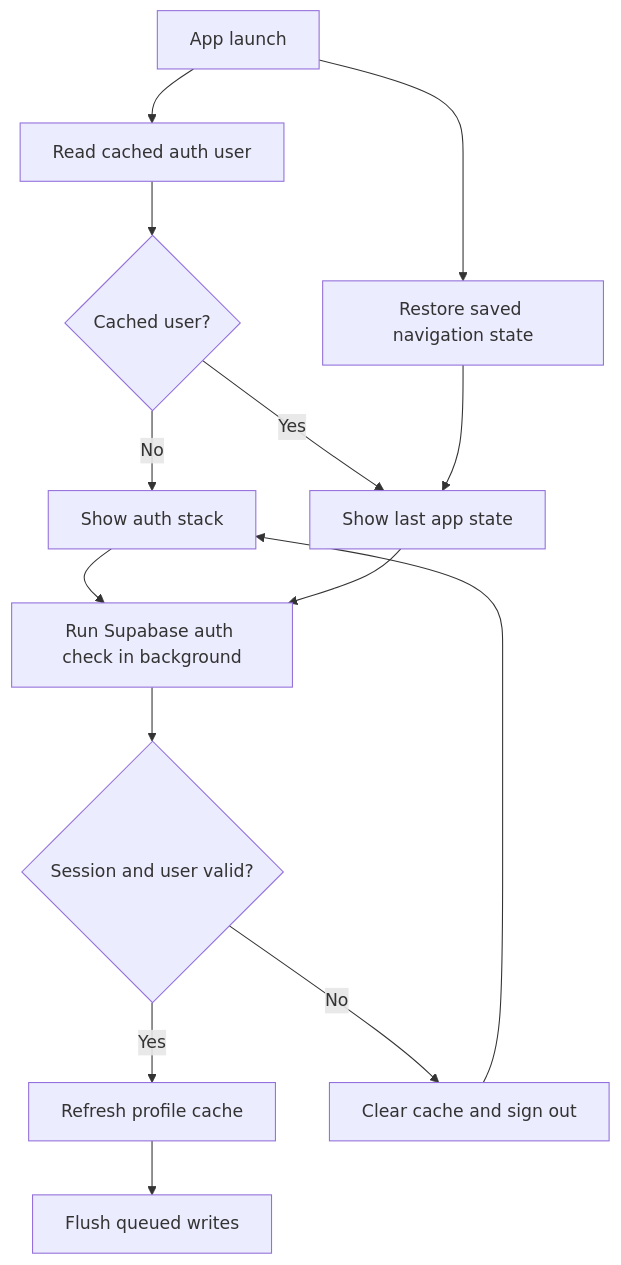
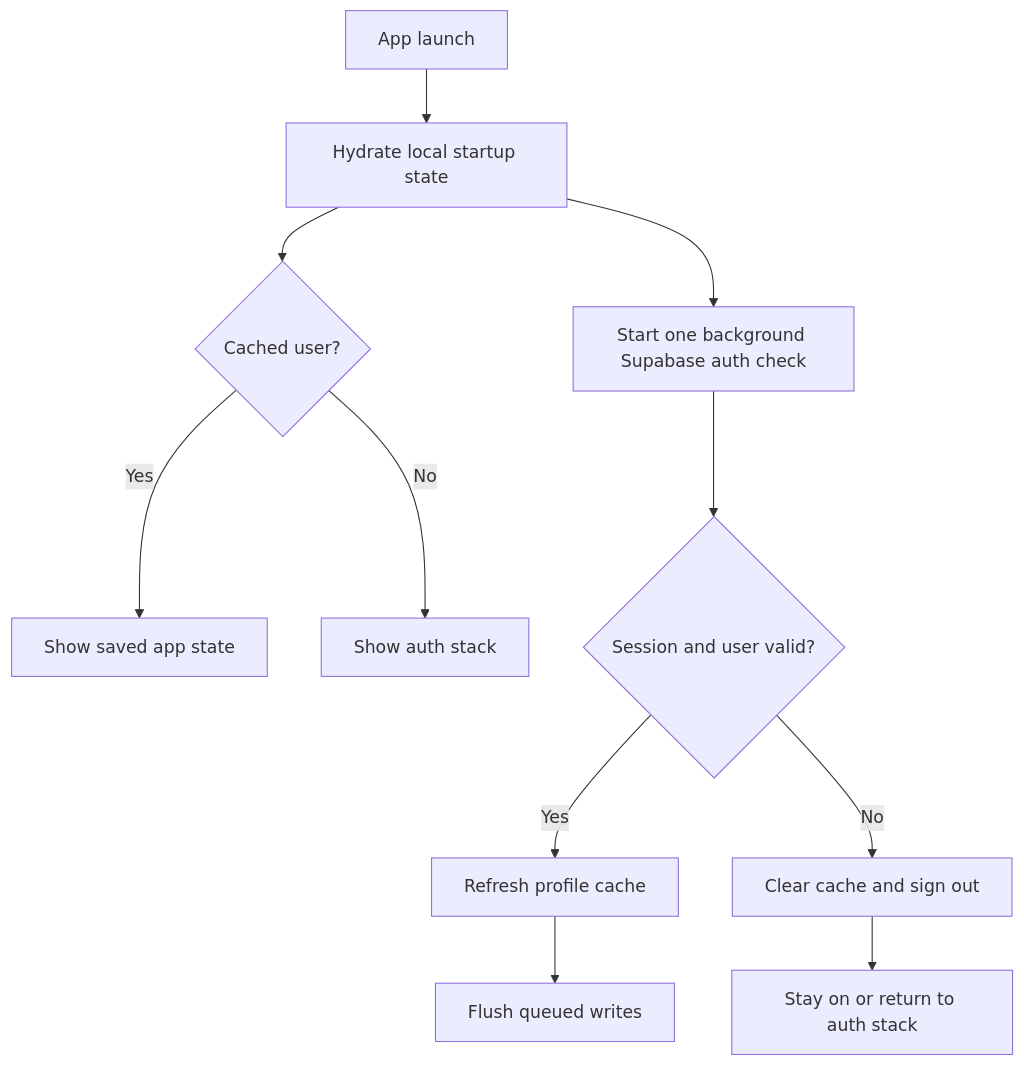
Before and after one commit to ryanshepps/IronLog: the diagram in docs/auth-context.md, drawn with Mermaid. The commit also changed other lines of this file, not shown here.

Commit message:
docs: clarify auth launch validation

````diff
--- a/docs/auth-context.md
+++ b/docs/auth-context.md
@@ -14,16 +17,13 @@
 ```mermaid
 flowchart TD
-  A[App launch] --> B[Read cached auth user]
-  A --> C[Restore saved navigation state]
-  B --> D{Cached user?}
-  D -- No --> E[Show auth stack]
-  D -- Yes --> F[Show last app state]
-  C --> F
-  E --> G[Run Supabase auth check in background]
-  F --> G
-  G --> H{Session and user valid?}
-  H -- Yes --> I[Refresh profile cache]
-  I --> J[Flush queued writes]
-  H -- No --> K[Clear cache and sign out]
-  K --> E
+  A[App launch] --> B[Hydrate local startup state]
+  B --> C{Cached user?}
+  C -- Yes --> D[Show saved app state]
+  C -- No --> E[Show auth stack]
+  B --> F[Start one background Supabase auth check]
+  F --> G{Session and user valid?}
+  G -- Yes --> H[Refresh profile cache]
+  H --> I[Flush queued writes]
+  G -- No --> J[Clear cache and sign out]
+  J --> K[Stay on or return to auth stack]
 ```
````
